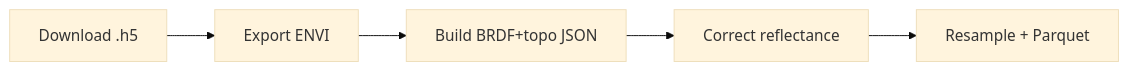
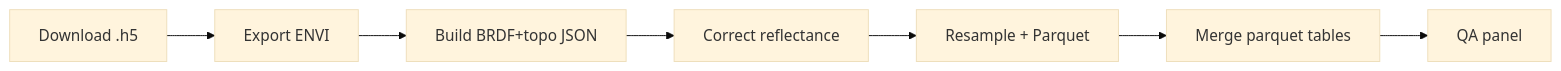
Before and after one commit to earthlab/cross-sensor-cal: the diagram in README.md, drawn with Mermaid (base theme). The commit also changed other lines of this file and 3 other files, not shown here.

Commit message:
Update docs for merged parquet and QA panel

````diff
--- a/README.md
+++ b/README.md
@@ -189,9 +192,11 @@
 ```mermaid
 flowchart LR
     D[Download .h5]
     E[Export ENVI]
     J[Build BRDF+topo JSON]
     C[Correct reflectance]
     R[Resample + Parquet]
-    D --> E --> J --> C --> R
+    M[Merge parquet tables]
+    Q[QA panel]
+    D --> E --> J --> C --> R --> M --> Q
 ```
````
